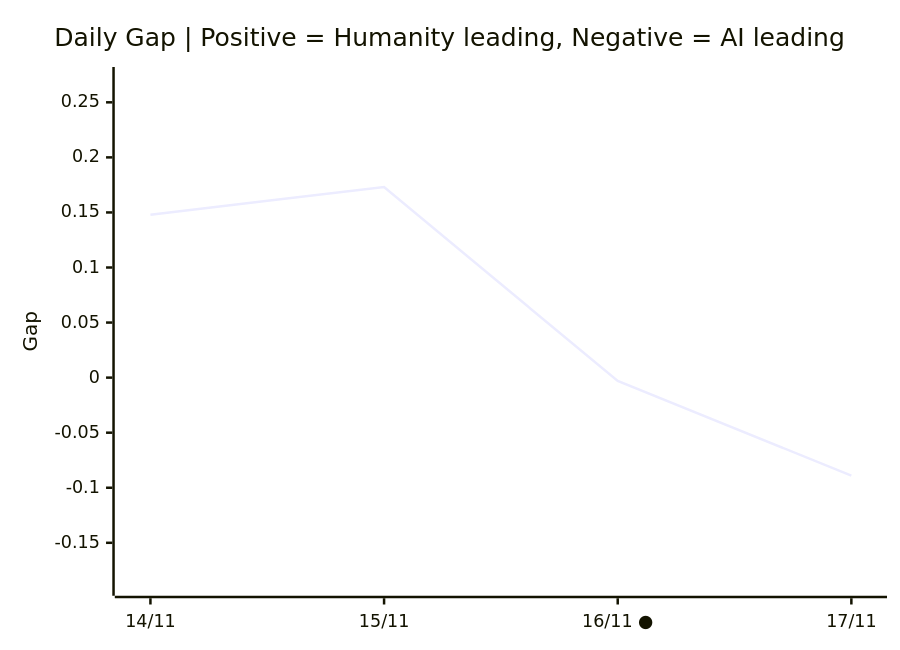
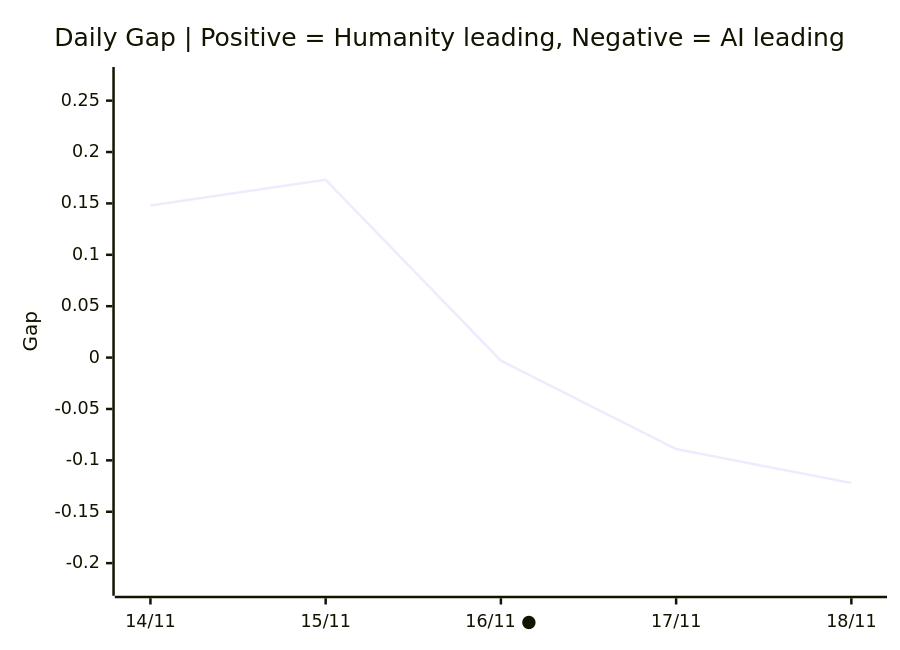
One commit to VQQLK/Human-AI-Monitor changed the third of 3 diagrams in README.md. Above: the diagram before and after it, drawn with Mermaid. The commit also changed other lines of this file and 3 other files, not shown here.

````diff
--- a/README.md
+++ b/README.md
@@ -55,7 +55,7 @@
 ```mermaid
 xychart-beta
     title "Daily Gap | Positive = Humanity leading, Negative = AI leading"
-    x-axis ["14/11", "15/11", "16/11 ●", "17/11"]
-    y-axis "Gap" -0.189 --> 0.273
-    line [0.148, 0.173, -0.003, -0.089]
+    x-axis ["14/11", "15/11", "16/11 ●", "17/11", "18/11"]
+    y-axis "Gap" -0.222 --> 0.273
+    line [0.148, 0.173, -0.003, -0.089, -0.122]
 ```
````
